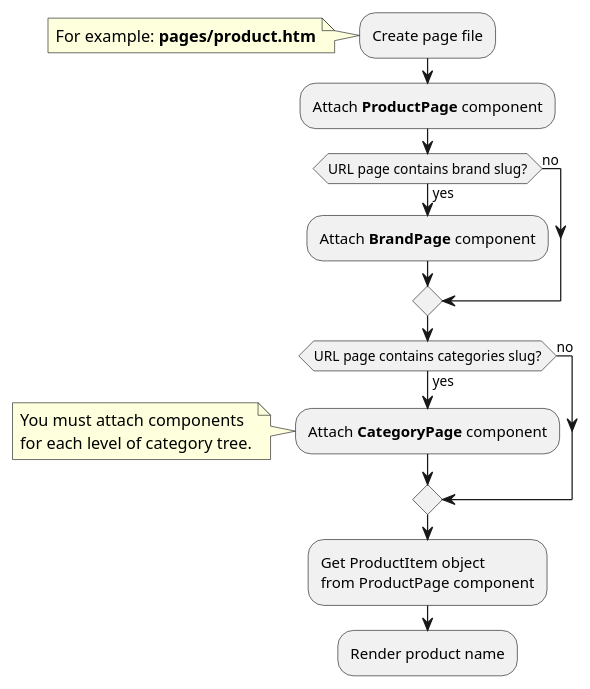
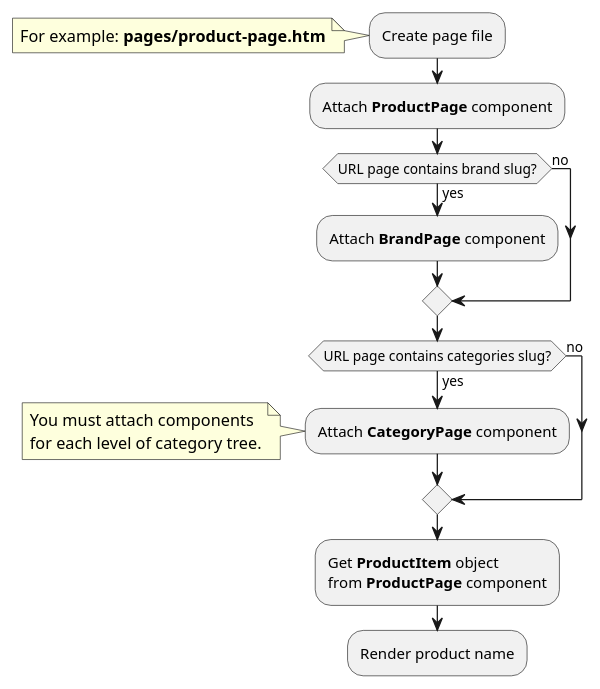
One commit to oc-shopaholic/oc-shopaholic-docs changed the first of 6 diagrams in modules/product/examples.md. Above: the diagram before and after it, drawn with PlantUML. The commit also changed other lines of this file and 11 other files, not shown here.

Commit message:
Refactoring product/example sections

````diff
--- a/modules/product/examples.md
+++ b/modules/product/examples.md
@@ -23,24 +23,24 @@
 ```plantuml
 @startuml
 :Create page file;
 note left
-    For example: **pages/product.htm**
+    For example: **pages/product-page.htm**
 end note
 :Attach **ProductPage** component;
 if (URL page contains brand slug?) then (yes)
     :Attach **BrandPage** component;
 else (no)
 endif
 if (URL page contains categories slug?) then (yes)
     :Attach **CategoryPage** component;
     note left
         You must attach components
         for each level of category tree.
     end note
 else (no)
 endif
-:Get ProductItem object
-from ProductPage component;
+:Get **ProductItem** object
+from **ProductPage** component;
 :Render product name;
 @enduml
 ```
````
